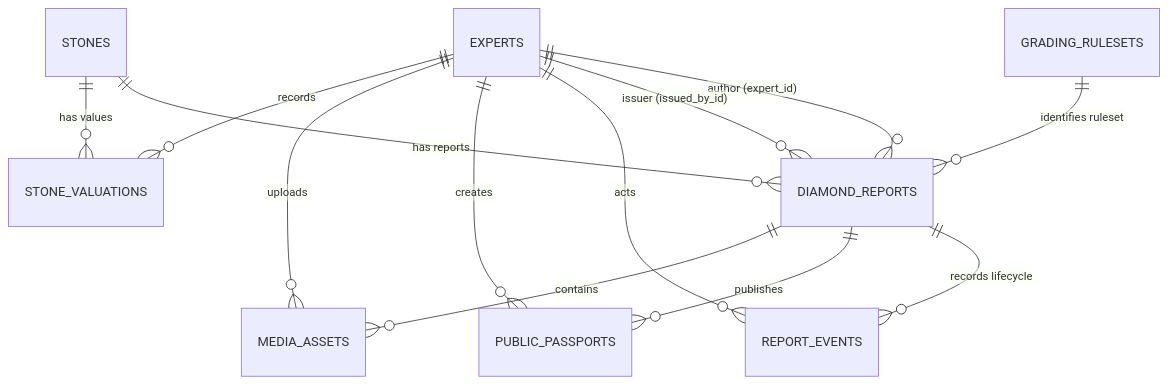
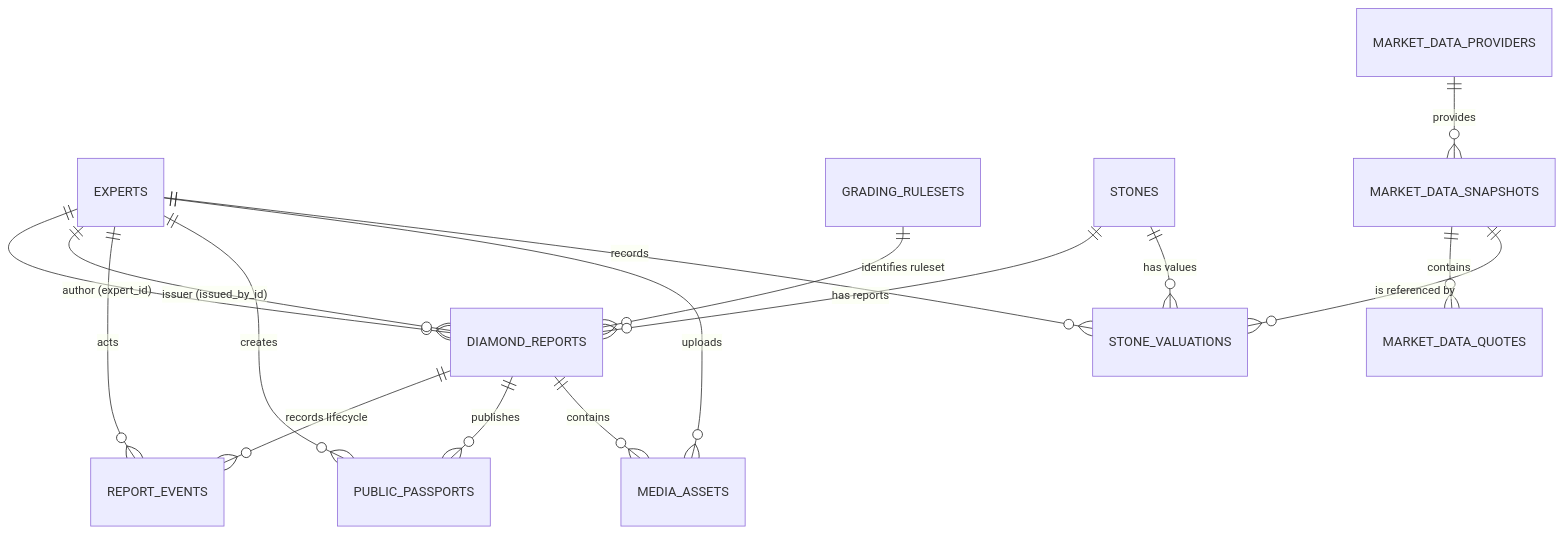
Before and after one commit to OlegBon/mntu_diplom_bachelors_agent: the diagram in docs/db-schema.md, drawn with Mermaid. The commit also changed other lines of this file and 17 other files, not shown here.

Commit message:
feat: add admin market data workflow and documentation

````diff
--- a/docs/db-schema.md
+++ b/docs/db-schema.md
@@ -38,15 +39,18 @@
 ```mermaid
 erDiagram
     EXPERTS ||--o{ DIAMOND_REPORTS : "author (expert_id)"
     EXPERTS ||--o{ DIAMOND_REPORTS : "issuer (issued_by_id)"
     GRADING_RULESETS ||--o{ DIAMOND_REPORTS : "identifies ruleset"
     STONES ||--o{ DIAMOND_REPORTS : "has reports"
     DIAMOND_REPORTS ||--o{ REPORT_EVENTS : "records lifecycle"
     EXPERTS ||--o{ REPORT_EVENTS : "acts"
     DIAMOND_REPORTS ||--o{ PUBLIC_PASSPORTS : "publishes"
     EXPERTS ||--o{ PUBLIC_PASSPORTS : "creates"
     DIAMOND_REPORTS ||--o{ MEDIA_ASSETS : "contains"
     EXPERTS ||--o{ MEDIA_ASSETS : "uploads"
     STONES ||--o{ STONE_VALUATIONS : "has values"
     EXPERTS ||--o{ STONE_VALUATIONS : "records"
+    MARKET_DATA_PROVIDERS ||--o{ MARKET_DATA_SNAPSHOTS : "provides"
+    MARKET_DATA_SNAPSHOTS ||--o{ MARKET_DATA_QUOTES : "contains"
+    MARKET_DATA_SNAPSHOTS ||--o{ STONE_VALUATIONS : "is referenced by"
 ```
````
